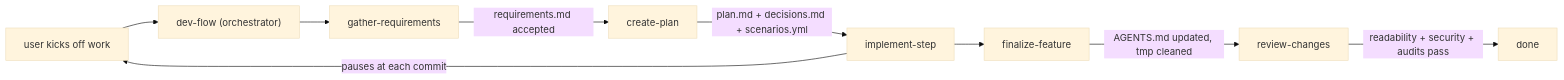
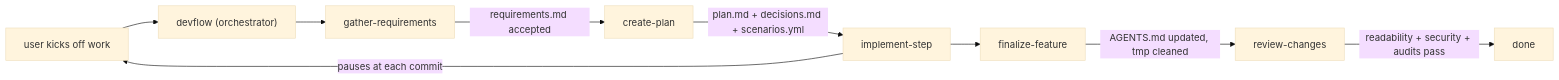
Before and after one commit to ksolo/devflow: the diagram in AGENTS.md, drawn with Mermaid (base theme). The commit also changed other lines of this file and 21 other files, not shown here.

First line of the commit message:
rename dev-flow → devflow

````diff
--- a/AGENTS.md
+++ b/AGENTS.md
@@ -70,11 +70,11 @@
 ```mermaid
 flowchart LR
-    user["user kicks off work"] --> devFlow["dev-flow (orchestrator)"]
+    user["user kicks off work"] --> devFlow["devflow (orchestrator)"]
     devFlow --> req["gather-requirements"]
     req -->|requirements.md accepted| plan["create-plan"]
     plan -->|plan.md + decisions.md + scenarios.yml| impl["implement-step"]
     impl -->|pauses at each commit| user
     impl --> final["finalize-feature"]
     final -->|AGENTS.md updated, tmp cleaned| review["review-changes"]
     review -->|readability + security + audits pass| done["done"]
 ```
````
